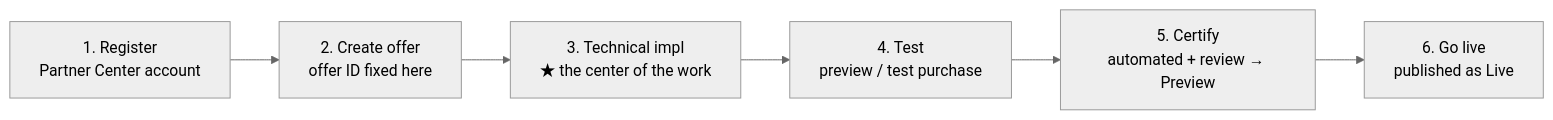
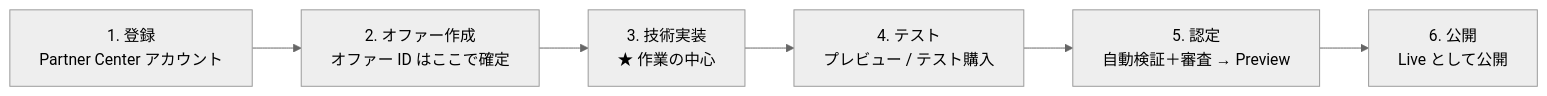
Before and after one commit to MamoruKuroda/marketplace-saas-agent-sample: the second of 4 diagrams in docs/walkthrough.ja.md, drawn with Mermaid (neutral theme). The commit also changed other lines of this file and 2 other files, not shown here.

First line of the commit message:
docs(ja): localize Mermaid diagram labels into natural Japanese (#22)

````diff
--- a/docs/walkthrough.ja.md
+++ b/docs/walkthrough.ja.md
@@ -68,8 +68,8 @@
 ```mermaid
 flowchart LR
-    R["1. Register<br/>Partner Center account"] --> C["2. Create offer<br/>offer ID fixed here"]
-    C --> T["3. Technical impl<br/>★ the center of the work"]
-    T --> TE["4. Test<br/>preview / test purchase"]
-    TE --> CE["5. Certify<br/>automated + review → Preview"]
-    CE --> G["6. Go live<br/>published as Live"]
+    R["1. 登録<br/>Partner Center アカウント"] --> C["2. オファー作成<br/>オファー ID はここで確定"]
+    C --> T["3. 技術実装<br/>★ 作業の中心"]
+    T --> TE["4. テスト<br/>プレビュー / テスト購入"]
+    TE --> CE["5. 認定<br/>自動検証＋審査 → Preview"]
+    CE --> G["6. 公開<br/>Live として公開"]
 ```
````
